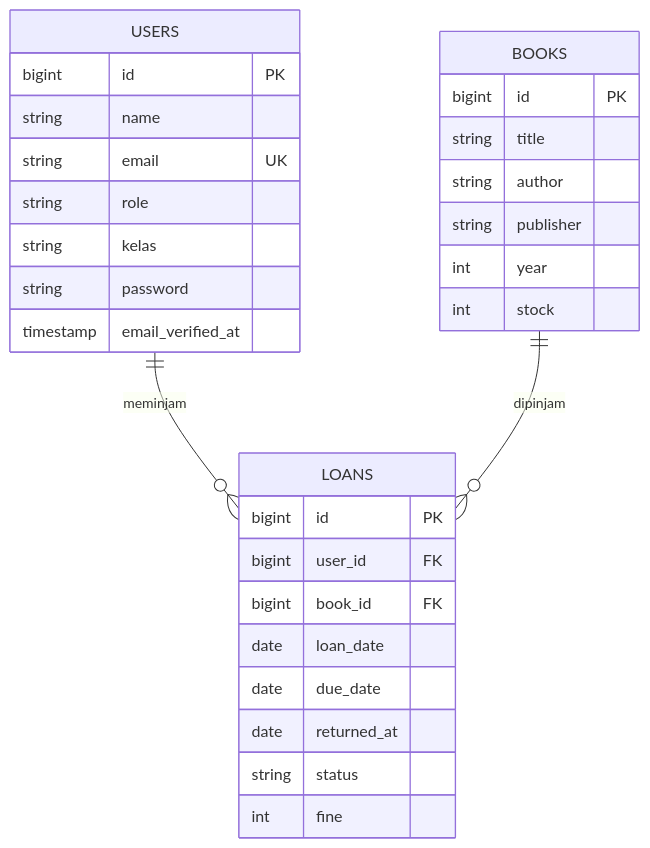
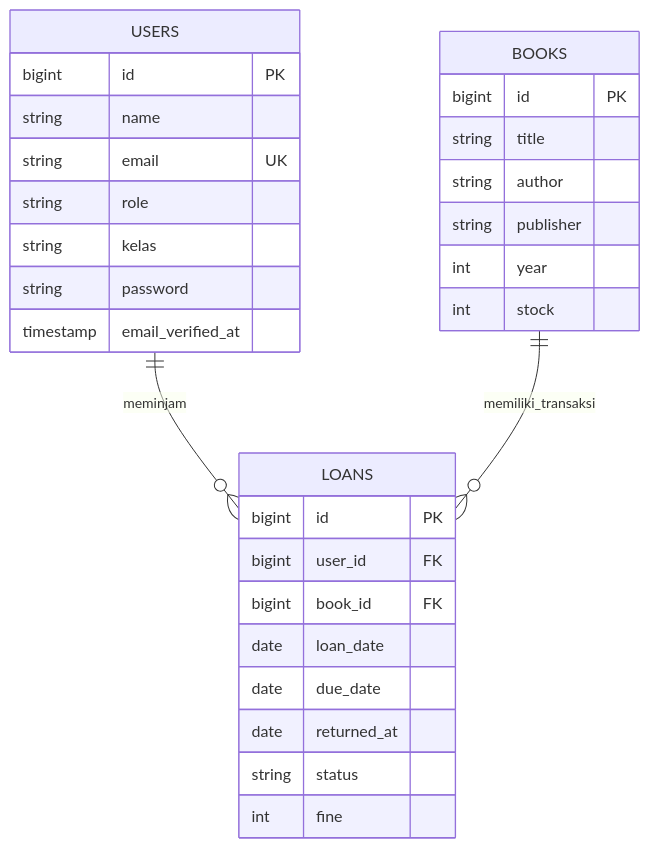
One commit to CHILAKOZ/UKK-2026-ANDI-MUHAMMAD-REZKY-FIRJATULLAH-PEMINJAMAN-BUKU changed the diagram in README.md. Above: the diagram before and after it, drawn with Mermaid. The commit also changed other lines of this file, not shown here.

````diff
--- a/README.md
+++ b/README.md
@@ -44,35 +48,35 @@
 ```mermaid
 erDiagram
     USERS ||--o{ LOANS : meminjam
-    BOOKS ||--o{ LOANS : dipinjam
+    BOOKS ||--o{ LOANS : memiliki_transaksi
 
     USERS {
         bigint id PK
         string name
         string email UK
         string role
         string kelas
         string password
         timestamp email_verified_at
     }
 
     BOOKS {
         bigint id PK
         string title
         string author
         string publisher
         int year
         int stock
     }
 
     LOANS {
         bigint id PK
         bigint user_id FK
         bigint book_id FK
         date loan_date
         date due_date
         date returned_at
         string status
         int fine
     }
 ```
````
